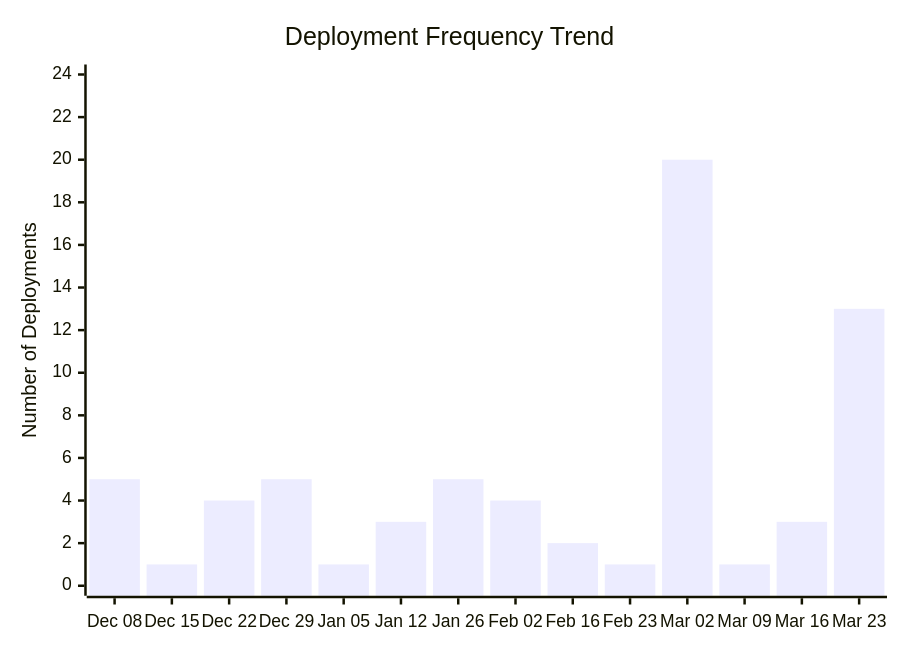
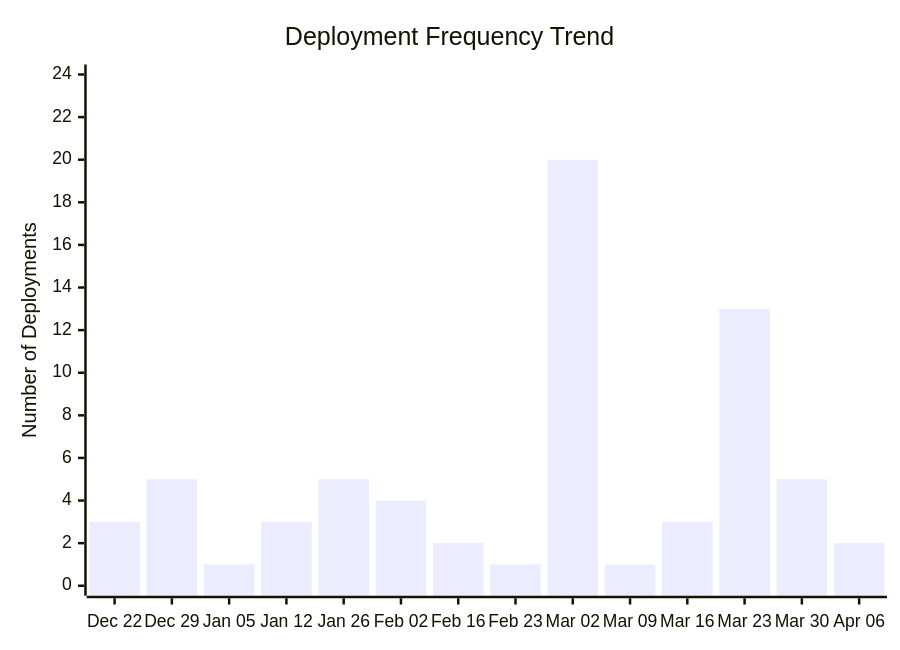
The third of 4 diagrams in docs/ci-cd/dora-summary.md (ukma-cs-ssdm-2025/rate-ukma), drawn with Mermaid before and after one commit. The commit also changed other lines of this file, not shown here.

````diff
--- a/docs/ci-cd/dora-summary.md
+++ b/docs/ci-cd/dora-summary.md
@@ -57,7 +57,7 @@
 ```mermaid
 xychart-beta
     title "Deployment Frequency Trend"
-    x-axis ["Dec 08", "Dec 15", "Dec 22", "Dec 29", "Jan 05", "Jan 12", "Jan 26", "Feb 02", "Feb 16", "Feb 23", "Mar 02", "Mar 09", "Mar 16", "Mar 23"]
+    x-axis ["Dec 22", "Dec 29", "Jan 05", "Jan 12", "Jan 26", "Feb 02", "Feb 16", "Feb 23", "Mar 02", "Mar 09", "Mar 16", "Mar 23", "Mar 30", "Apr 06"]
     y-axis "Number of Deployments" 0 --> 24
-    bar [5.00, 1.00, 4.00, 5.00, 1.00, 3.00, 5.00, 4.00, 2.00, 1.00, 20.00, 1.00, 3.00, 13.00]
+    bar [3.00, 5.00, 1.00, 3.00, 5.00, 4.00, 2.00, 1.00, 20.00, 1.00, 3.00, 13.00, 5.00, 2.00]
 ```
````
